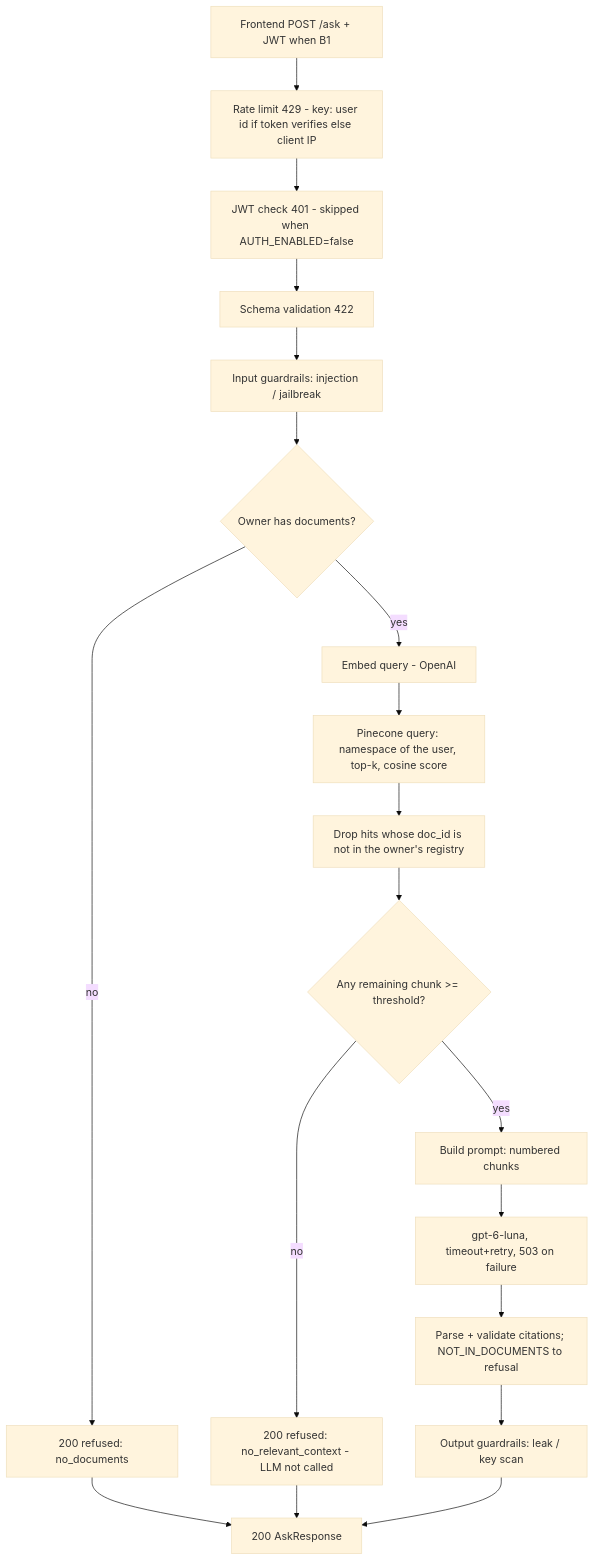
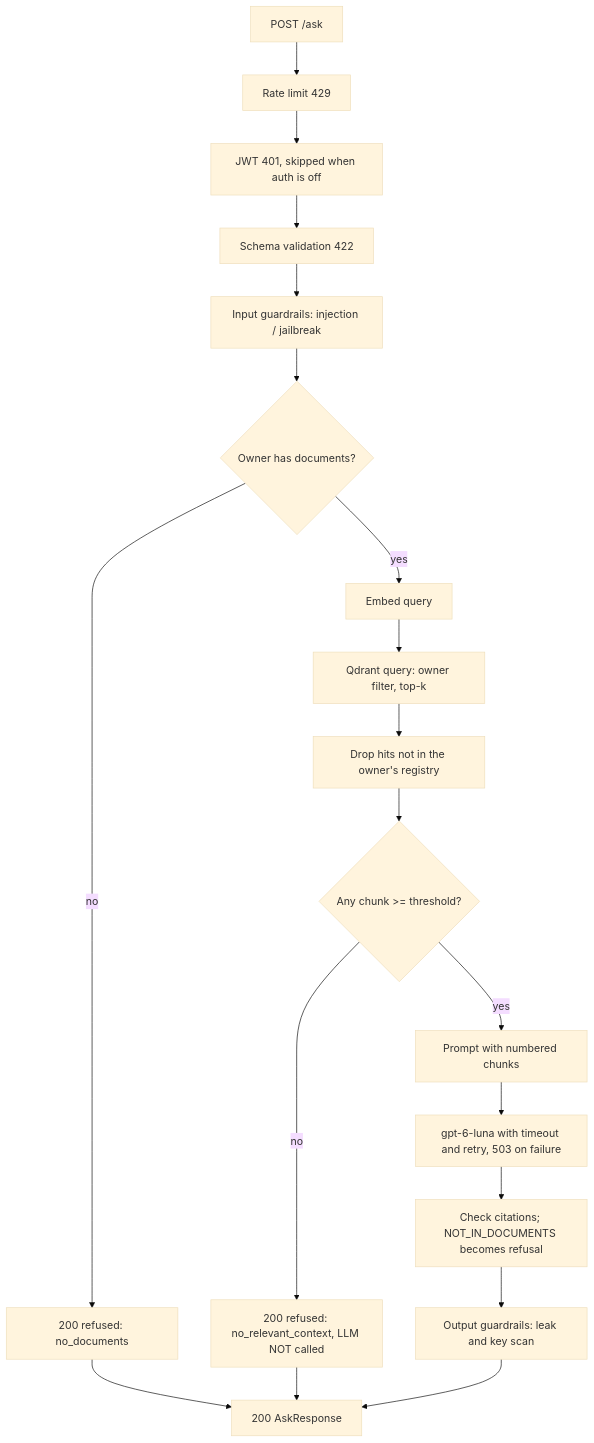
The first of 2 diagrams in PLAN.md (asadullahdot/Production-RAG-Service__Portfolio-01), drawn with Mermaid (base theme) before and after one commit. The commit also changed other lines of this file, not shown here.

Commit message:
Rewrite PLAN.md for LangChain + Qdrant (simplified); record smoke-test results

````diff
--- a/PLAN.md
+++ b/PLAN.md
@@ -79,21 +94,21 @@
 ```mermaid
 flowchart TD
-  UI[Frontend POST /ask + JWT when B1] --> RL[Rate limit 429 - key: user id if token verifies else client IP]
-  RL --> AU[JWT check 401 - skipped when AUTH_ENABLED=false]
+  UI[POST /ask] --> RL[Rate limit 429]
+  RL --> AU[JWT 401, skipped when auth is off]
   AU --> V[Schema validation 422]
   V --> IG[Input guardrails: injection / jailbreak]
   IG --> EMPTY{Owner has documents?}
   EMPTY -->|no| R0[200 refused: no_documents]
-  EMPTY -->|yes| EQ[Embed query - OpenAI]
-  EQ --> VS[Pinecone query: namespace of the user, top-k, cosine score]
-  VS --> RF[Drop hits whose doc_id is not in the owner's registry]
-  RF --> TH{Any remaining chunk >= threshold?}
-  TH -->|no| R1[200 refused: no_relevant_context - LLM not called]
-  TH -->|yes| PB[Build prompt: numbered chunks]
-  PB --> LLM[gpt-6-luna, timeout+retry, 503 on failure]
-  LLM --> CC[Parse + validate citations; NOT_IN_DOCUMENTS to refusal]
-  CC --> OG[Output guardrails: leak / key scan]
+  EMPTY -->|yes| EQ[Embed query]
+  EQ --> VS[Qdrant query: owner filter, top-k]
+  VS --> RF[Drop hits not in the owner's registry]
+  RF --> TH{Any chunk >= threshold?}
+  TH -->|no| R1[200 refused: no_relevant_context, LLM NOT called]
+  TH -->|yes| PB[Prompt with numbered chunks]
+  PB --> LLM[gpt-6-luna with timeout and retry, 503 on failure]
+  LLM --> CC[Check citations; NOT_IN_DOCUMENTS becomes refusal]
+  CC --> OG[Output guardrails: leak and key scan]
   OG --> RESP[200 AskResponse]
   R0 --> RESP
   R1 --> RESP
 ```
````
